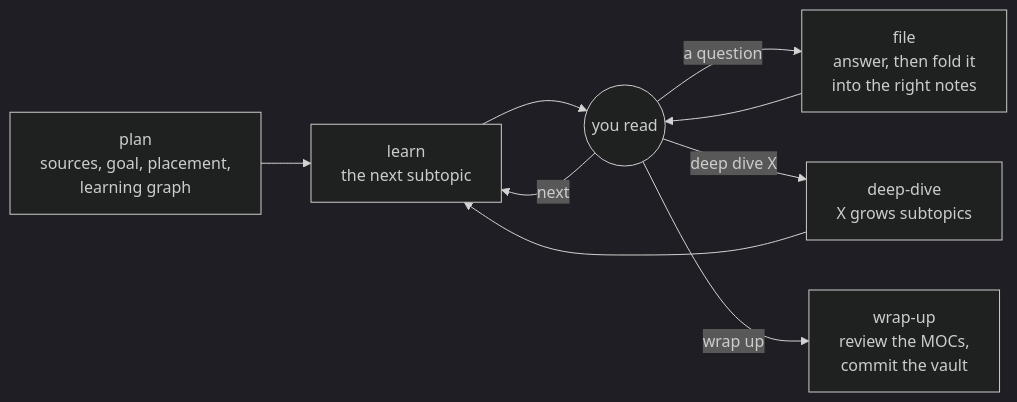
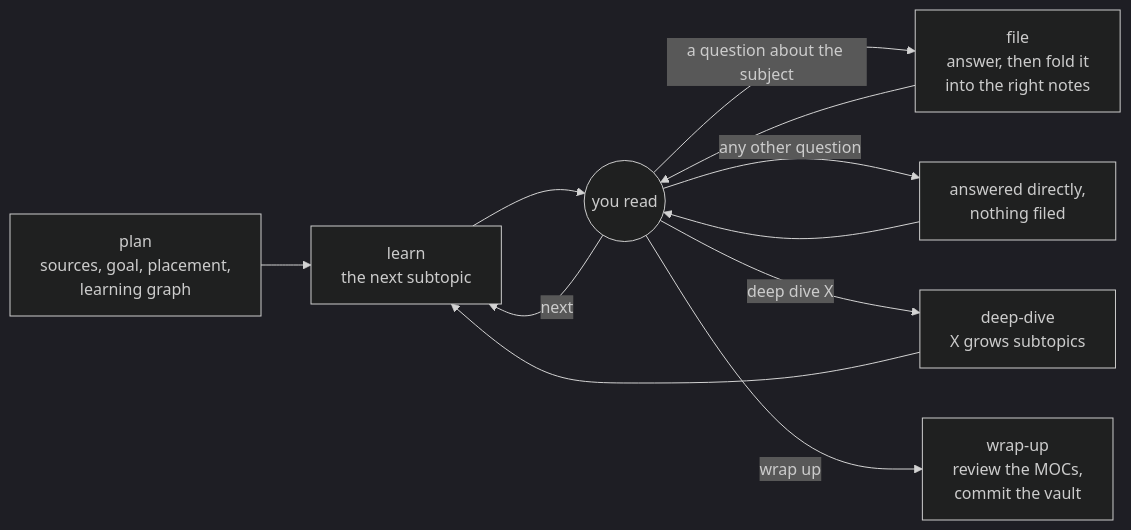
Before and after one commit to shyamalaravind/appledore: the diagram in README.md, drawn with Mermaid (dark theme).

Commit message:
Show the direct-answer path in the README diagram
The arrow into file is now a question about the subject, and any other
question is answered directly with nothing filed, as in the loop table.

````diff
--- a/README.md
+++ b/README.md
@@ -29,11 +29,13 @@
 ```mermaid
 flowchart LR
     P["plan<br/>sources, goal, placement,<br/>learning graph"] --> L["learn<br/>the next subtopic"]
     L --> U(("you read"))
     U -- "next" --> L
-    U -- "a question" --> F["file<br/>answer, then fold it<br/>into the right notes"]
+    U -- "a question about the subject" --> F["file<br/>answer, then fold it<br/>into the right notes"]
     F --> U
+    U -- "any other question" --> A["answered directly,<br/>nothing filed"]
+    A --> U
     U -- "deep dive X" --> D["deep-dive<br/>X grows subtopics"]
     D --> L
     U -- "wrap up" --> W["wrap-up<br/>review the MOCs,<br/>commit the vault"]
 ```
````
